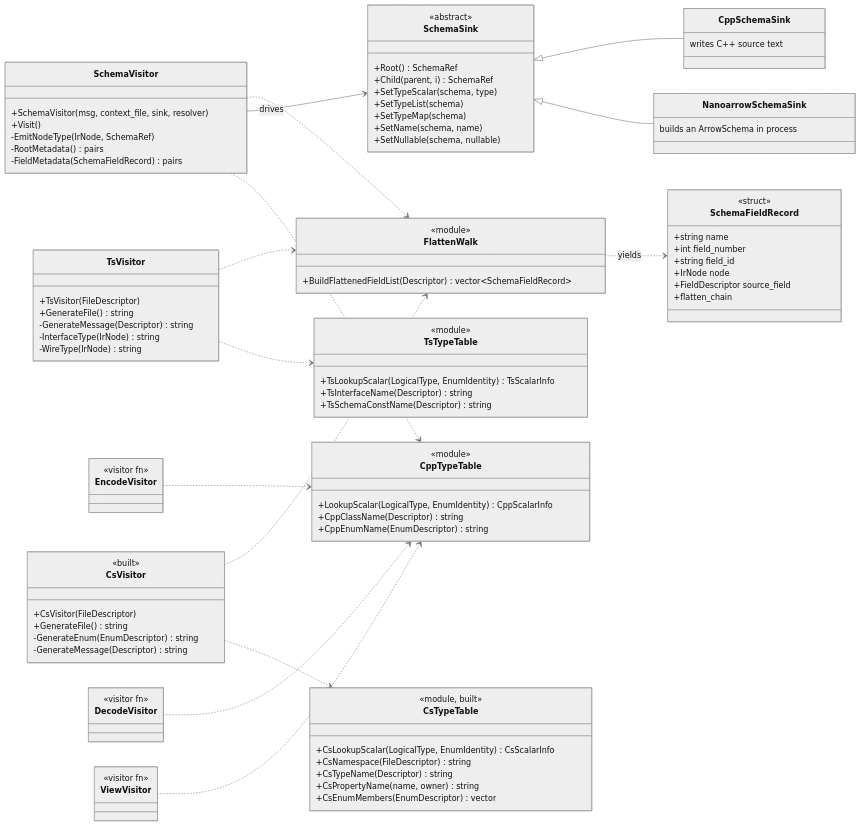
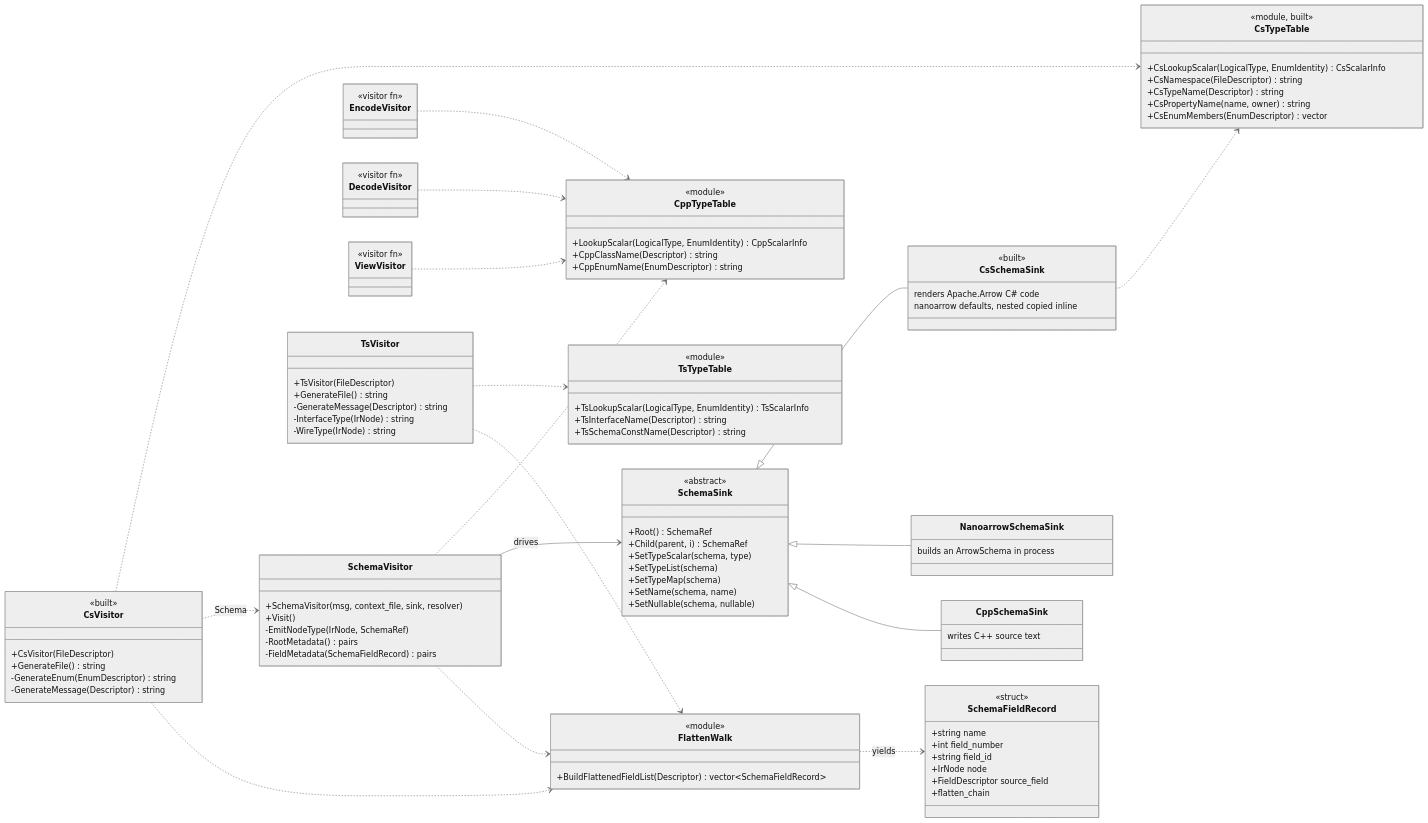
Diagram 12 of 12 in plans/BIND-architecture-diagrams.md (eivacom/Fletcher), drawn with Mermaid (neutral theme) before and after one commit. The commit also changed other lines of this file and 13 other files, not shown here.

First line of the commit message:
BIND-C#: BIND-6b-1, Schema through a third SchemaSink, and ToArrow/FromArrow for scalar-only messages

```diff
--- a/plans/BIND-architecture-diagrams.md
+++ b/plans/BIND-architecture-diagrams.md
@@ -851,6 +853,11 @@
     }
     class NanoarrowSchemaSink {
         builds an ArrowSchema in process
+    }
+    class CsSchemaSink {
+        <<built>>
+        renders Apache.Arrow C# code
+        nanoarrow defaults, nested copied inline
     }
     class EncodeVisitor {
         <<visitor fn>>
@@ -903,6 +910,9 @@
     SchemaVisitor --> SchemaSink : drives
     SchemaSink <|-- CppSchemaSink
     SchemaSink <|-- NanoarrowSchemaSink
+    SchemaSink <|-- CsSchemaSink
+    CsVisitor ..> SchemaVisitor : Schema
+    CsSchemaSink ..> CsTypeTable
     SchemaVisitor ..> CppTypeTable
     EncodeVisitor ..> CppTypeTable
     DecodeVisitor ..> CppTypeTable
```
